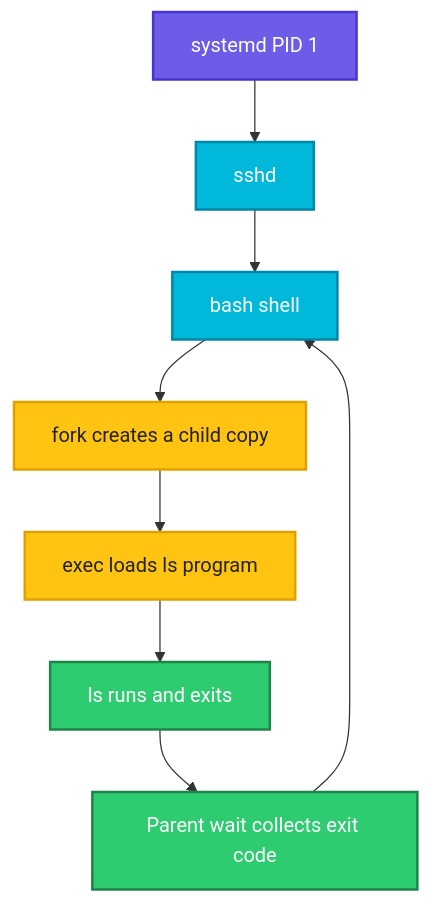
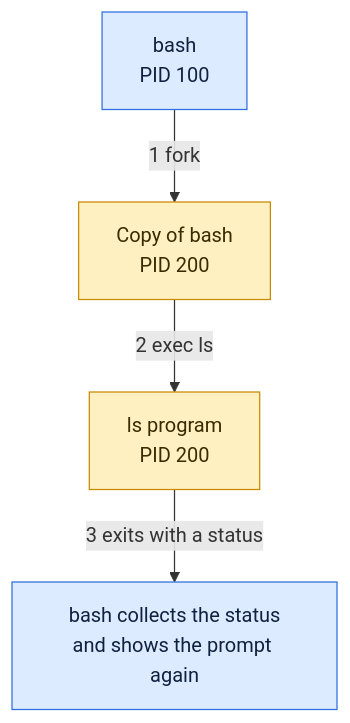
One commit to codeKerdosTech/DevOps-Documentation changed the diagram in linux/os-internals/04-processes.md. Above: the diagram before and after it, drawn with Mermaid. The commit also changed other lines of this file and 165 other files, not shown here.

Commit message:
updated diagrams in linux

````diff
--- a/linux/os-internals/04-processes.md
+++ b/linux/os-internals/04-processes.md
@@ -17,19 +17,13 @@
 ```mermaid
 flowchart TD
-    A[systemd PID 1] --> B[sshd]
-    B --> C[bash shell]
-    C --> D[fork creates a child copy]
-    D --> E[exec loads ls program]
-    E --> F[ls runs and exits]
-    F --> G[Parent wait collects exit code]
-    G --> C
-    classDef start fill:#6C5CE7,stroke:#4834D4,stroke-width:2px,color:#fff
-    classDef proc fill:#00B8D9,stroke:#0087A8,stroke-width:2px,color:#fff
-    classDef dec fill:#FFC312,stroke:#E1A100,stroke-width:2px,color:#222
-    classDef ok fill:#2ECC71,stroke:#1E8449,stroke-width:2px,color:#fff
-    classDef out fill:#FD79A8,stroke:#E84393,stroke-width:2px,color:#fff
-    class A start
-    class B,C proc
-    class D,E dec
-    class F,G ok
+    i1[bash<br/>PID 100] -->|1 fork| c1[Copy of bash<br/>PID 200]
+    c1 -->|2 exec ls| c2[ls program<br/>PID 200]
+    c2 -->|3 exits with a status| i2[bash collects the status<br/>and shows the prompt again]
+    classDef inp fill:#DCEBFF,stroke:#2F6FDE,color:#10213F
+    classDef cmd fill:#FFF0C2,stroke:#C98A00,color:#3A2A00
+    classDef out fill:#D9F5E3,stroke:#1F9D55,color:#0B2E1A
+    classDef bad fill:#FDE0E0,stroke:#D13B3B,color:#4A0F0F
+    classDef note fill:#ECEFF3,stroke:#7B8794,color:#1F2933
+    class i1,i2 inp
+    class c1,c2 cmd
 ```
````
